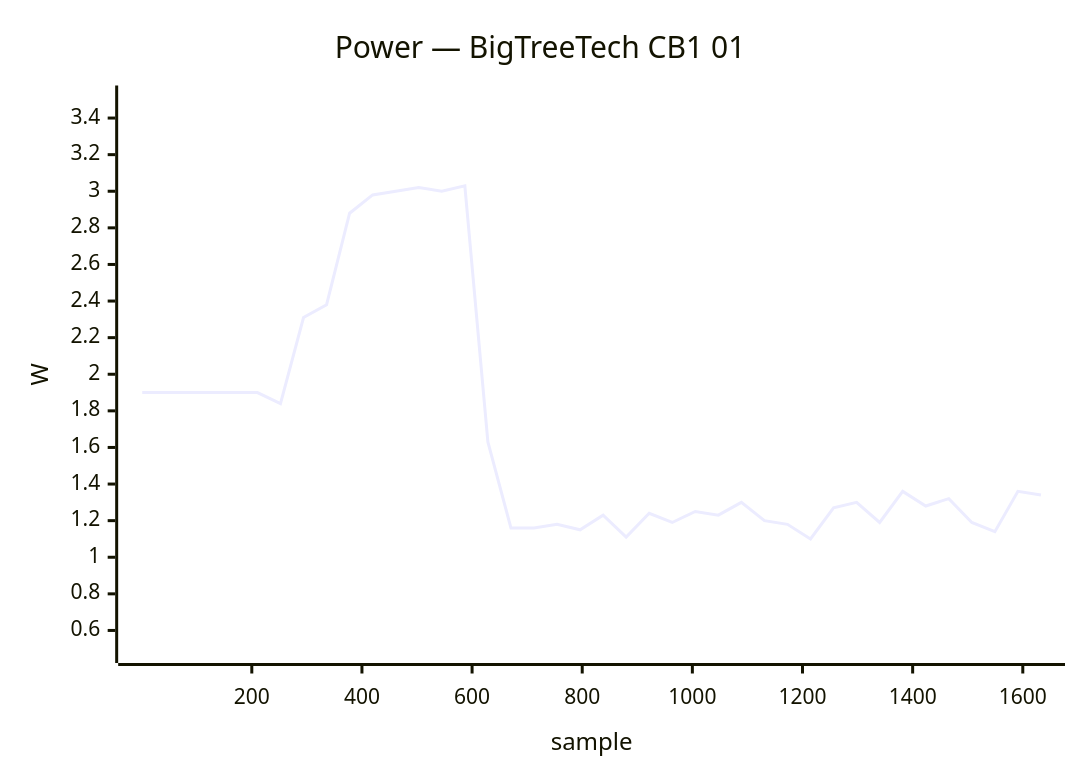
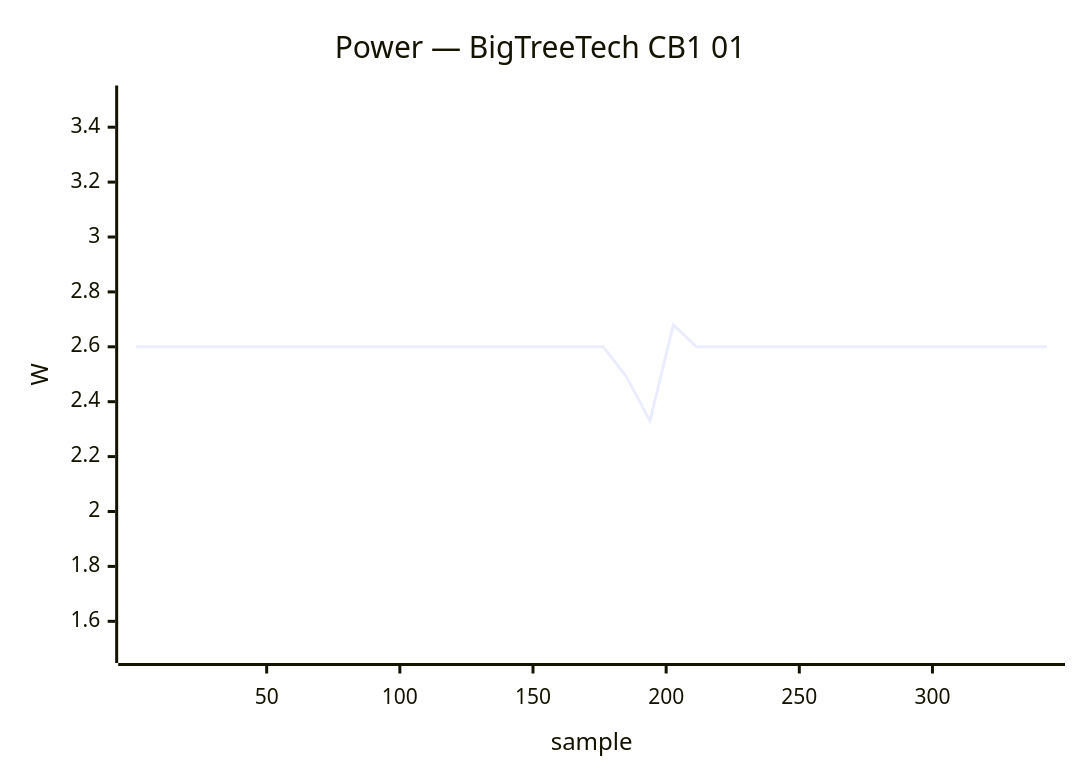
Before and after one commit to armbian/documentation: the first of 29 diagrams in docs/status/board-tests.md, drawn with Mermaid. The commit also changed other lines of this file, not shown here.

````diff
--- a/docs/status/board-tests.md
+++ b/docs/status/board-tests.md
@@ -45,7 +45,7 @@
 ```mermaid
 xychart-beta
     title "Power — BigTreeTech CB1 01"
-    x-axis "sample" 1 --> 1633
-    y-axis "W" 0.5 --> 3.5
-    line [1.90, 1.90, 1.90, 1.90, 1.90, 1.90, 1.84, 2.31, 2.38, 2.88, 2.98, 3.00, 3.02, 3.00, 3.03, 1.63, 1.16, 1.16, 1.18, 1.15, 1.23, 1.11, 1.24, 1.19, 1.25, 1.23, 1.30, 1.20, 1.18, 1.10, 1.27, 1.30, 1.19, 1.36, 1.28, 1.32, 1.19, 1.14, 1.36, 1.34]
+    x-axis "sample" 1 --> 343
+    y-axis "W" 1.5 --> 3.5
+    line [2.60, 2.60, 2.60, 2.60, 2.60, 2.60, 2.60, 2.60, 2.60, 2.60, 2.60, 2.60, 2.60, 2.60, 2.60, 2.60, 2.60, 2.60, 2.60, 2.60, 2.60, 2.49, 2.33, 2.68, 2.60, 2.60, 2.60, 2.60, 2.60, 2.60, 2.60, 2.60, 2.60, 2.60, 2.60, 2.60, 2.60, 2.60, 2.60, 2.60]
 ```
````
